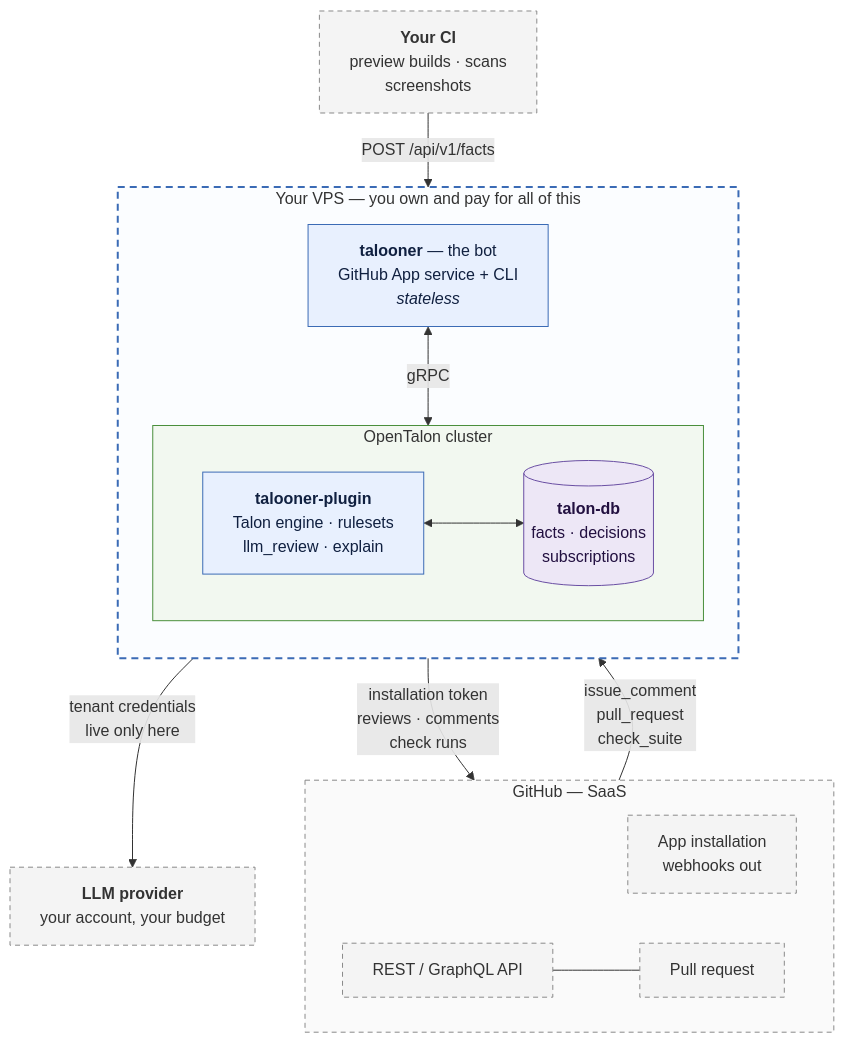
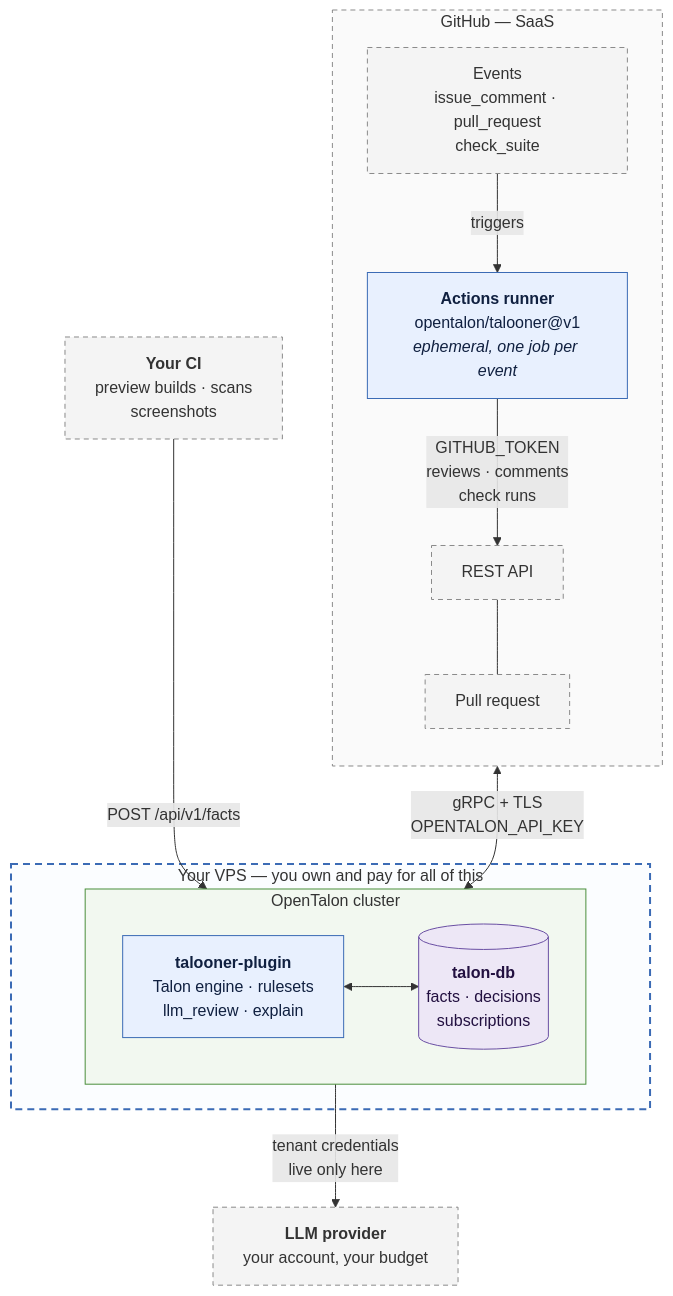
The second of 10 diagrams in diagrams.md (opentalon/talooner), drawn with Mermaid before and after one commit. The commit also changed other lines of this file and 7 other files, not shown here.

````diff
--- a/diagrams.md
+++ b/diagrams.md
@@ -100,43 +103,40 @@
 ```mermaid
 flowchart TB
     subgraph GH["GitHub — SaaS"]
-        direction LR
-        APP["App installation<br/>webhooks out"]
-        GAPI["REST / GraphQL API"]
+        direction TB
+        EV["Events<br/>issue_comment · pull_request<br/>check_suite"]
+        RUN["<b>Actions runner</b><br/>opentalon/talooner@v1<br/><i>ephemeral, one job per event</i>"]
+        GAPI["REST API"]
         PR["Pull request"]
+        EV -->|"triggers"| RUN
         GAPI --- PR
     end
 
     CI["<b>Your CI</b><br/>preview builds · scans<br/>screenshots"]
 
     subgraph VPS["Your VPS — you own and pay for all of this"]
-        direction TB
-        BOT["<b>talooner</b> — the bot<br/>GitHub App service + CLI<br/><i>stateless</i>"]
-
         subgraph CLUSTER["OpenTalon cluster"]
             direction LR
             PLUGIN["<b>talooner-plugin</b><br/>Talon engine · rulesets<br/>llm_review · explain"]
             DB[("<b>talon-db</b><br/>facts · decisions<br/>subscriptions")]
             PLUGIN <--> DB
         end
-
-        BOT <-->|"gRPC"| PLUGIN
     end
 
     LLM["<b>LLM provider</b><br/>your account, your budget"]
 
-    APP -->|"issue_comment<br/>pull_request<br/>check_suite"| BOT
-    CI -->|"POST /api/v1/facts"| BOT
-    BOT -->|"installation token<br/>reviews · comments<br/>check runs"| GAPI
+    RUN <-->|"gRPC + TLS<br/>OPENTALON_API_KEY"| PLUGIN
+    RUN -->|"GITHUB_TOKEN<br/>reviews · comments<br/>check runs"| GAPI
+    CI -->|"POST /api/v1/facts"| PLUGIN
     PLUGIN -->|"tenant credentials<br/>live only here"| LLM
 
     classDef ext fill:#f4f4f4,stroke:#8a8a8a,stroke-dasharray:5 4,color:#333
     classDef own fill:#e8f0fe,stroke:#3b6bb5,color:#102040
     classDef store fill:#ede7f6,stroke:#6a4fa3,color:#221040
-    class APP,GAPI,PR,LLM,CI ext
-    class BOT,PLUGIN own
+    class EV,GAPI,PR,LLM,CI ext
+    class RUN,PLUGIN own
     class DB store
     style VPS fill:#fbfdff,stroke:#3b6bb5,stroke-width:2px,stroke-dasharray:7 5
     style CLUSTER fill:#f2f8f0,stroke:#4a8f3c
     style GH fill:#fafafa,stroke:#8a8a8a,stroke-dasharray:5 4
 ```
````
